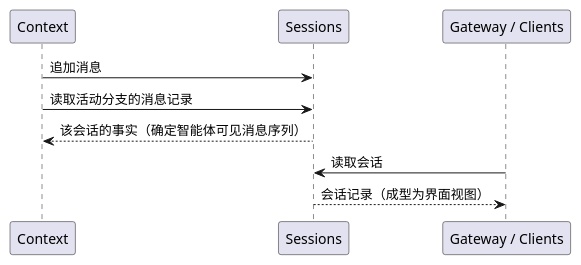
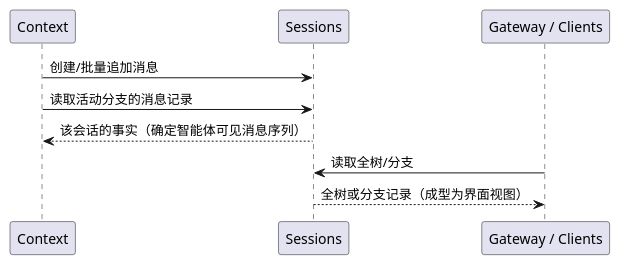
Before and after one commit to pisciculus0413/Pisces: the seventh of 10 diagrams in docs/1 High-Level Design/1 High-Level Design.md, drawn with PlantUML. The commit also changed other lines of this file, not shown here.

````diff
--- a/docs/1 High-Level Design/1 High-Level Design.md
+++ b/docs/1 High-Level Design/1 High-Level Design.md
@@ -596,13 +600,13 @@
 ```plantuml
 @startuml
 participant "Context" as core
 participant "Sessions" as store
 participant "Gateway / Clients" as ui
 
-core -> store : 追加消息
+core -> store : 创建/批量追加消息
 core -> store : 读取活动分支的消息记录
 store --> core : 该会话的事实（确定智能体可见消息序列）
-ui -> store : 读取会话
-store --> ui : 会话记录（成型为界面视图）
+ui -> store : 读取全树/分支
+store --> ui : 全树或分支记录（成型为界面视图）
 @enduml
 ```
````
